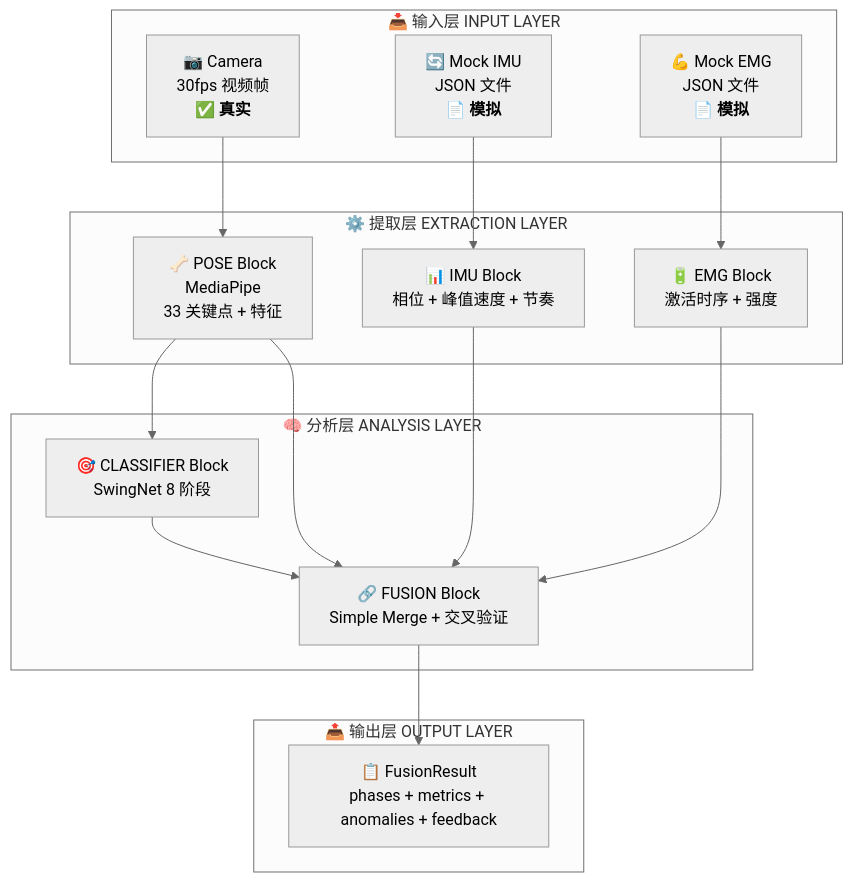
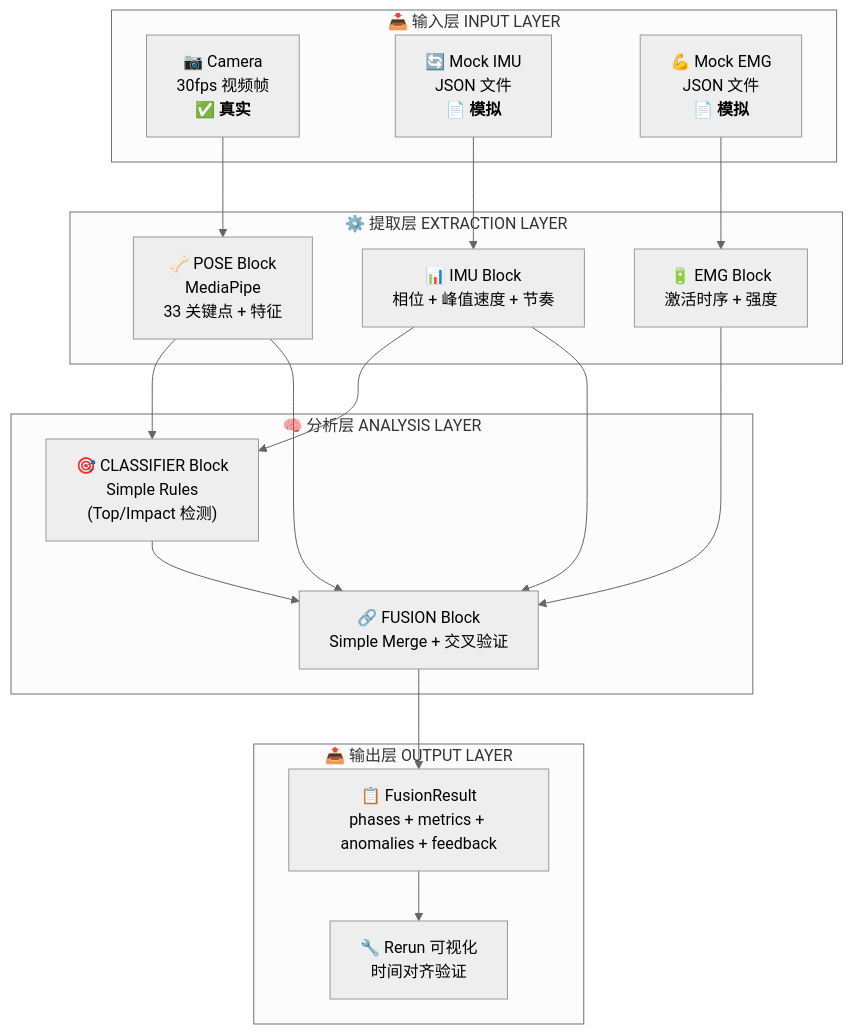
One commit to movement-chain-ai/movement-chain-docs changed the second of 2 diagrams in docs/zh/design/specs/modular-architecture.md. Above: the diagram before and after it, drawn with Mermaid (neutral theme). The commit also changed other lines of this file, not shown here.

First line of the commit message:
docs: MVP 策略调整 - 移除 SwingNet，聚焦 Mode 3

````diff
--- a/docs/zh/design/specs/modular-architecture.md
+++ b/docs/zh/design/specs/modular-architecture.md
@@ -883,35 +953,38 @@
 ```mermaid
 flowchart TB
     subgraph INPUT["📥 输入层 INPUT LAYER"]
         CAM["📷 Camera<br/>30fps 视频帧<br/><b>✅ 真实</b>"]
         IMU_IN["🔄 Mock IMU<br/>JSON 文件<br/><b>📄 模拟</b>"]
         EMG_IN["💪 Mock EMG<br/>JSON 文件<br/><b>📄 模拟</b>"]
     end
 
     subgraph EXTRACT["⚙️ 提取层 EXTRACTION LAYER"]
         POSE["🦴 POSE Block<br/>MediaPipe<br/>33 关键点 + 特征"]
         IMU_BLK["📊 IMU Block<br/>相位 + 峰值速度 + 节奏"]
         EMG_BLK["🔋 EMG Block<br/>激活时序 + 强度"]
     end
 
     subgraph ANALYZE["🧠 分析层 ANALYSIS LAYER"]
-        CLASSIFIER["🎯 CLASSIFIER Block<br/>SwingNet 8 阶段"]
+        CLASSIFIER["🎯 CLASSIFIER Block<br/>Simple Rules<br/>(Top/Impact 检测)"]
         FUSION["🔗 FUSION Block<br/>Simple Merge + 交叉验证"]
     end
 
     subgraph OUTPUT["📤 输出层 OUTPUT LAYER"]
         RESULT["📋 FusionResult<br/>phases + metrics + anomalies + feedback"]
+        RERUN["🔧 Rerun 可视化<br/>时间对齐验证"]
     end
 
     CAM --> POSE
     IMU_IN --> IMU_BLK
     EMG_IN --> EMG_BLK
 
     POSE --> CLASSIFIER
     POSE --> FUSION
+    IMU_BLK --> CLASSIFIER
     IMU_BLK --> FUSION
     EMG_BLK --> FUSION
     CLASSIFIER --> FUSION
 
     FUSION --> RESULT
+    RESULT --> RERUN
 ```
````
